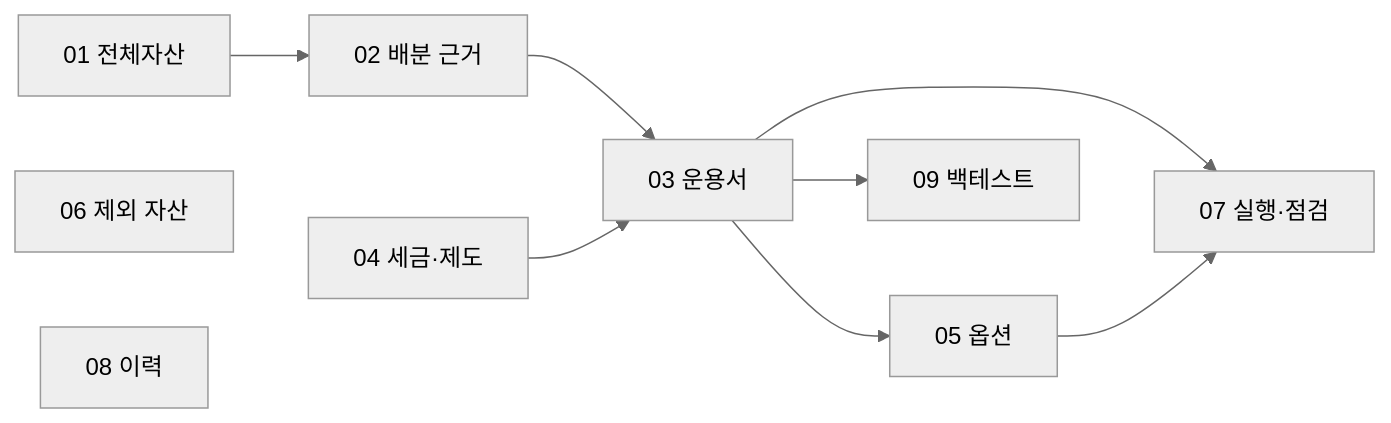
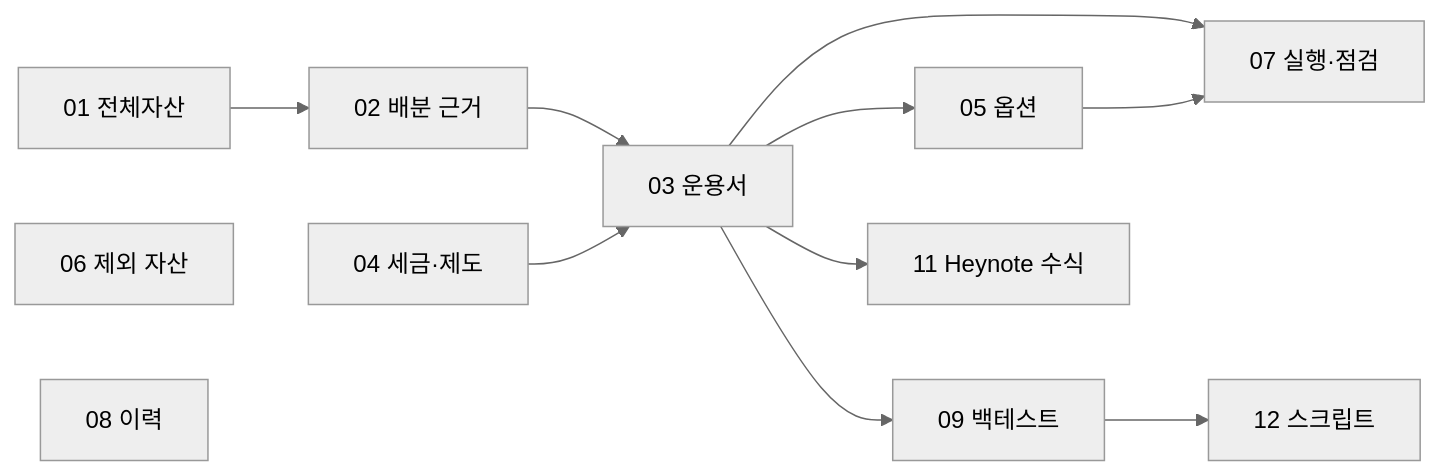
The diagram in vault/fin.portfolio.00-index.md (Luke-SNAW/Luke-SNAW.github.io), drawn with Mermaid (neutral theme) before and after one commit. The commit also changed other lines of this file and 9 other files, not shown here.

````diff
--- a/vault/fin.portfolio.00-index.md
+++ b/vault/fin.portfolio.00-index.md
@@ -78,12 +80,14 @@
 ```mermaid
 flowchart LR
   N[01 전체자산] --> A[02 배분 근거]
   A --> R[03 운용서]
   T[04 세금·제도] --> R
   R --> O[05 옵션]
   R --> E[07 실행·점검]
   O --> E
   X[06 제외 자산]
   H[08 이력]
   R --> B[09 백테스트]
+  B --> S[12 스크립트]
+  R --> HN[11 Heynote 수식]
 ```
````
